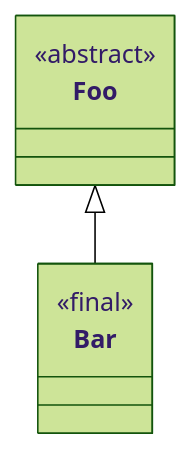
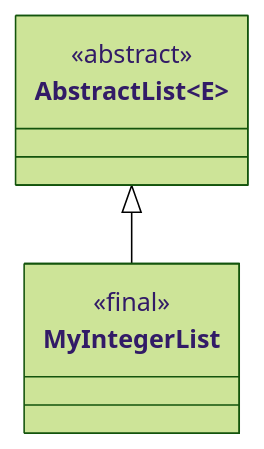
The third of 11 diagrams in docs/documentation/class-diagrams.mdx (jappuccini/java-docs), drawn with Mermaid (forest theme) before and after one commit. The commit also changed other lines of this file and 2 other files, not shown here.

Commit message:
Formatting

````diff
--- a/docs/documentation/class-diagrams.mdx
+++ b/docs/documentation/class-diagrams.mdx
@@ -99,10 +99,10 @@
 ```mermaid
 classDiagram
-    Foo <|-- Bar
-    class Foo {
+    AbstractList~E~ <|-- MyIntegerList
+    class AbstractList~E~ {
         <<abstract>>
     }
-    class Bar {
+    class MyIntegerList {
         <<final>>
     }
 ```
````
